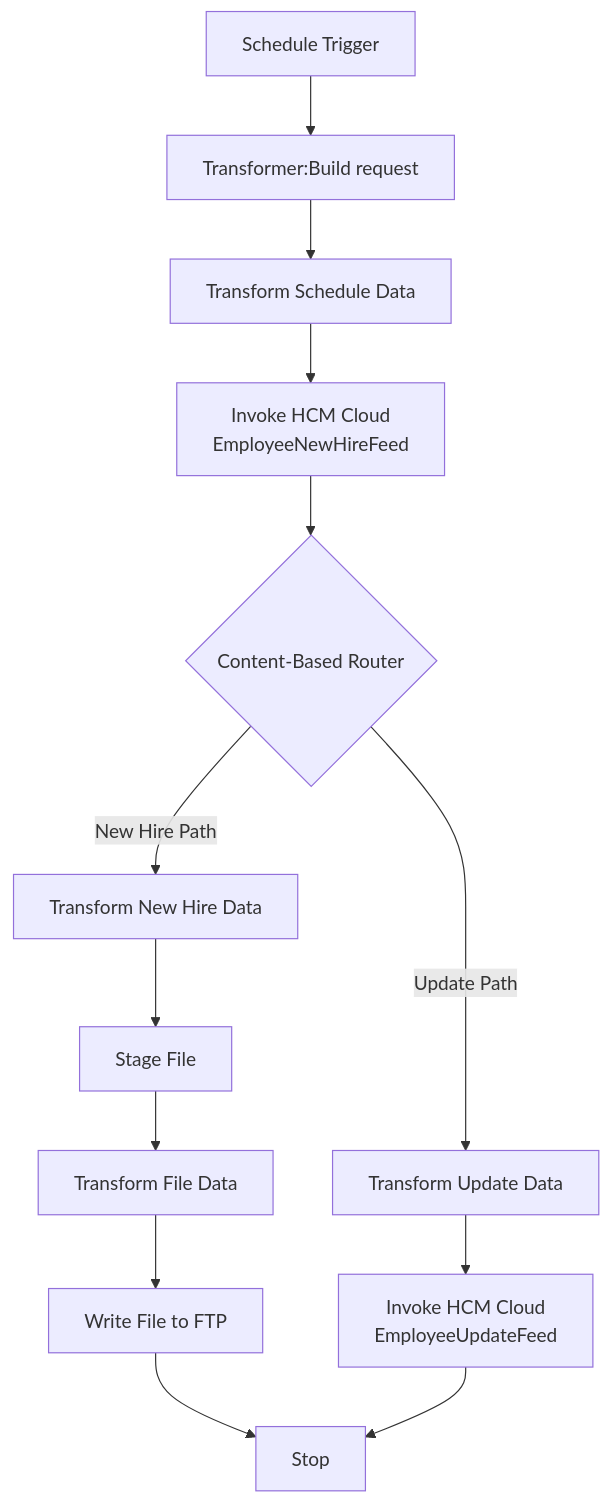
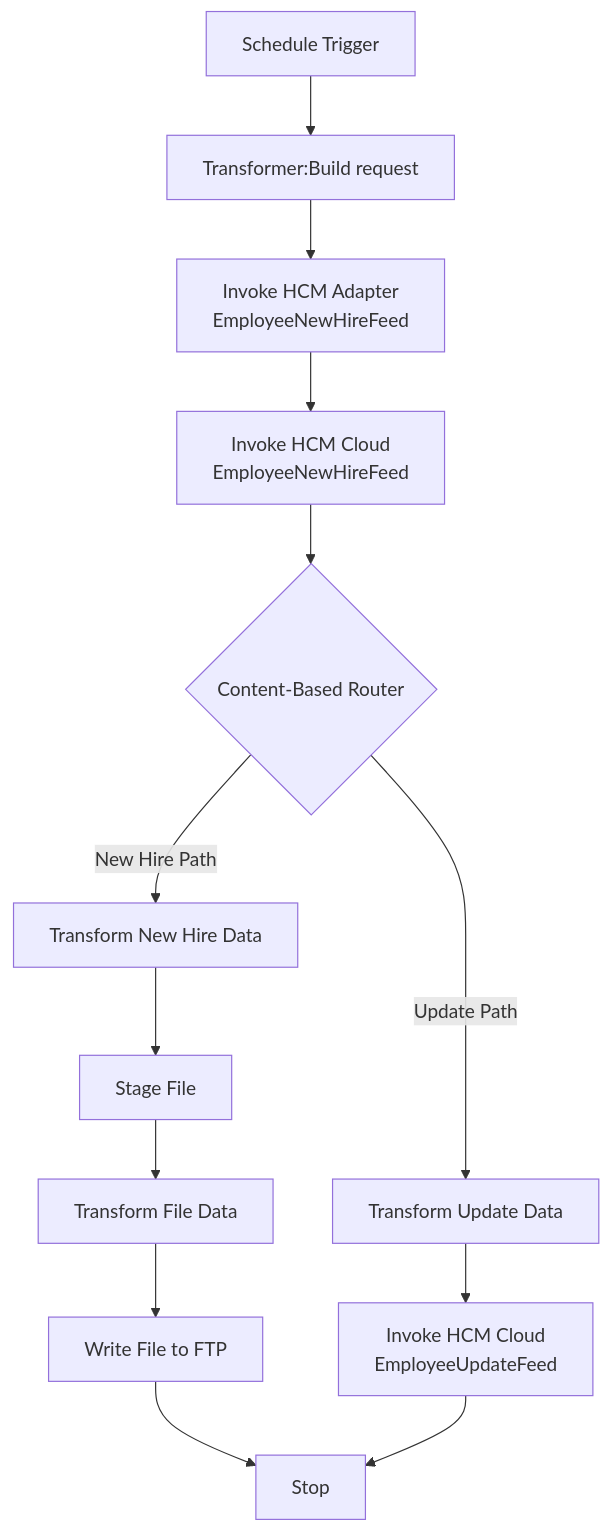
The first of 2 diagrams in Seaspan/Helm/EmployeeMaster.md (shanchih/Seaspan), drawn with Mermaid before and after one commit. The commit also changed other lines of this file, not shown here.

Commit message:
Seaspan/Helm/EmployeeMaster.md updated from https://stackedit.io/

````diff
--- a/Seaspan/Helm/EmployeeMaster.md
+++ b/Seaspan/Helm/EmployeeMaster.md
@@ -63,21 +63,21 @@
 ```mermaid
 flowchart TD
     A[Schedule Trigger] --> B[Transformer:Build request]
-    B --> C[Transform Schedule Data]
+    B --> C[Invoke HCM Adapter\nEmployeeNewHireFeed]
     C --> D[Invoke HCM Cloud\nEmployeeNewHireFeed]
     D --> E{Content-Based Router}
     
     E --> |New Hire Path| F[Transform New Hire Data]
     F --> G[Stage File]
     G --> H[Transform File Data]
     H --> I[Write File to FTP]
     
     E --> |Update Path| J[Transform Update Data]
     J --> K[Invoke HCM Cloud\nEmployeeUpdateFeed]
     
     
     I --> N[Stop]
     K --> N
 
 
 ```
````
